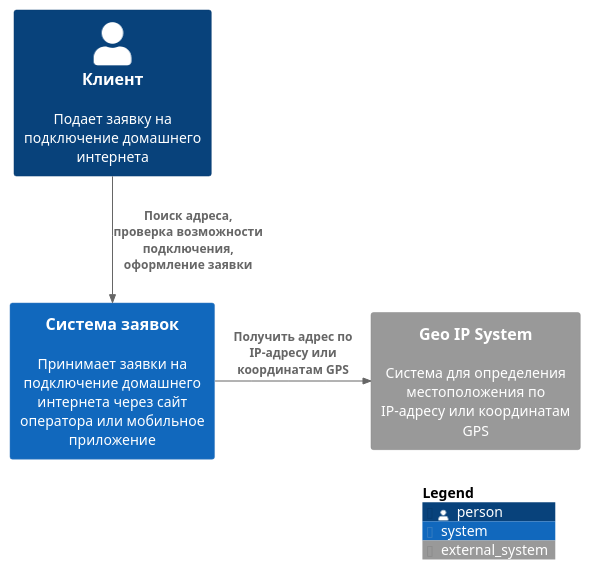
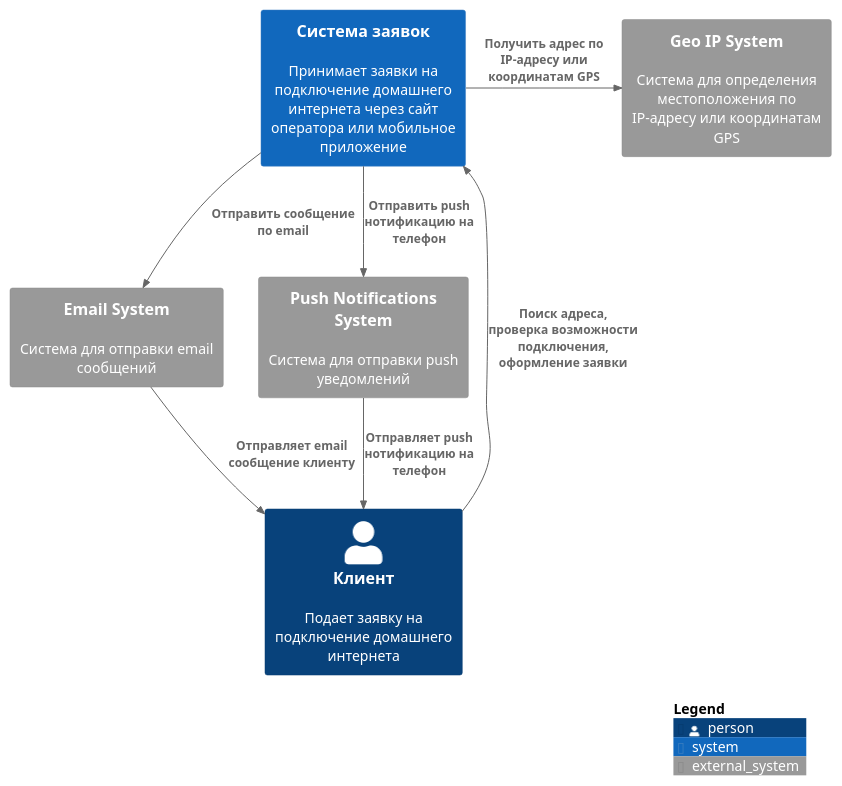
The diagram in home_work_1/context.puml (alexmihailov/architecture), drawn with PlantUML before and after one commit. The commit also changed 3 other files, not shown here.

Commit message:
DZ1 Level 3: Components diagram

```diff
--- a/home_work_1/context.puml
+++ b/home_work_1/context.puml
@@ -1,11 +1,18 @@
 @startuml Context
 !include <C4/C4_Context>
 
-Person(personAlias, "Клиент", "Подает заявку на подключение домашнего интернета")
-System(systemAlias, "Система заявок", "Принимает заявки на подключение домашнего интернета через сайт оператора или мобильное приложение")
-System_Ext(geoIpSystemAlias, "Geo IP System", "Система для определения местоположения по IP-адресу или координатам GPS")
+Person(client, "Клиент", "Подает заявку на подключение домашнего интернета")
+System(system, "Система заявок", "Принимает заявки на подключение домашнего интернета через сайт оператора или мобильное приложение")
+System_Ext(geoIpSystem, "Geo IP System", "Система для определения местоположения по IP-адресу или координатам GPS")
+System_Ext(emailSystem, "Email System", "Система для отправки email сообщений")
+System_Ext(pushSystem, "Push Notifications System", "Система для отправки push уведомлений")
 
-Rel(personAlias, systemAlias, "Поиск адреса, проверка возможности подключения, оформление заявки")
-Rel_Right(systemAlias, geoIpSystemAlias, "Получить адрес по IP-адресу или координатам GPS")
+
+Rel(client, system, "Поиск адреса, проверка возможности подключения, оформление заявки")
+Rel_Right(system, geoIpSystem, "Получить адрес по IP-адресу или координатам GPS")
+Rel(system, emailSystem, "Отправить сообщение по email")
+Rel(emailSystem, client, "Отправляет email сообщение клиенту")
+Rel(system, pushSystem, "Отправить push нотификацию на телефон")
+Rel(pushSystem, client, "Отправляет push нотификацию на телефон")
 SHOW_LEGEND()
 @enduml
```
